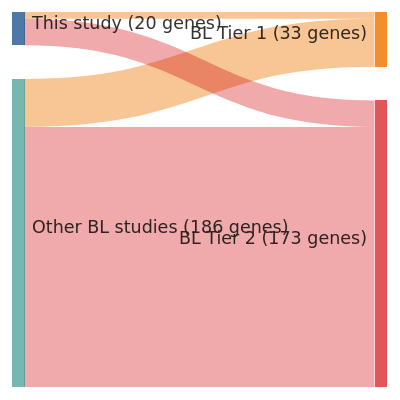
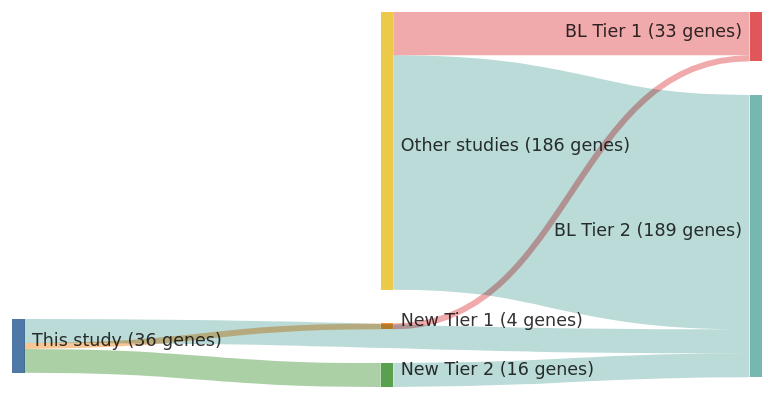
The diagram in papers/schmitzBurkittLymphomaPathogenesis2012.md (morinlab/lymphopedia), drawn with Mermaid before and after one commit. The commit also changed 82 other files, not shown here.

````diff
--- a/papers/schmitzBurkittLymphomaPathogenesis2012.md
+++ b/papers/schmitzBurkittLymphomaPathogenesis2012.md
@@ -13,18 +13,21 @@
 ```mermaid
 ---
 config:
     sankey:
         showValues: true
         linkColor: target
-        width: 300
+        width: 600
         height: 300
         nodeAlignment: right
         prefix: '('
         suffix: ' genes)'
 ---
 sankey-beta
-This study, BL Tier 1, 4
+This study, New Tier 1, 4
+New Tier 1, BL Tier 1, 4
 This study, BL Tier 2, 16
-Other BL studies, BL Tier 1, 29
-Other BL studies, BL Tier 2, 157
+This study, New Tier 2, 16
+New Tier 2, BL Tier 2, 16
+Other studies, BL Tier 1, 29
+Other studies, BL Tier 2, 157
 ```
````
